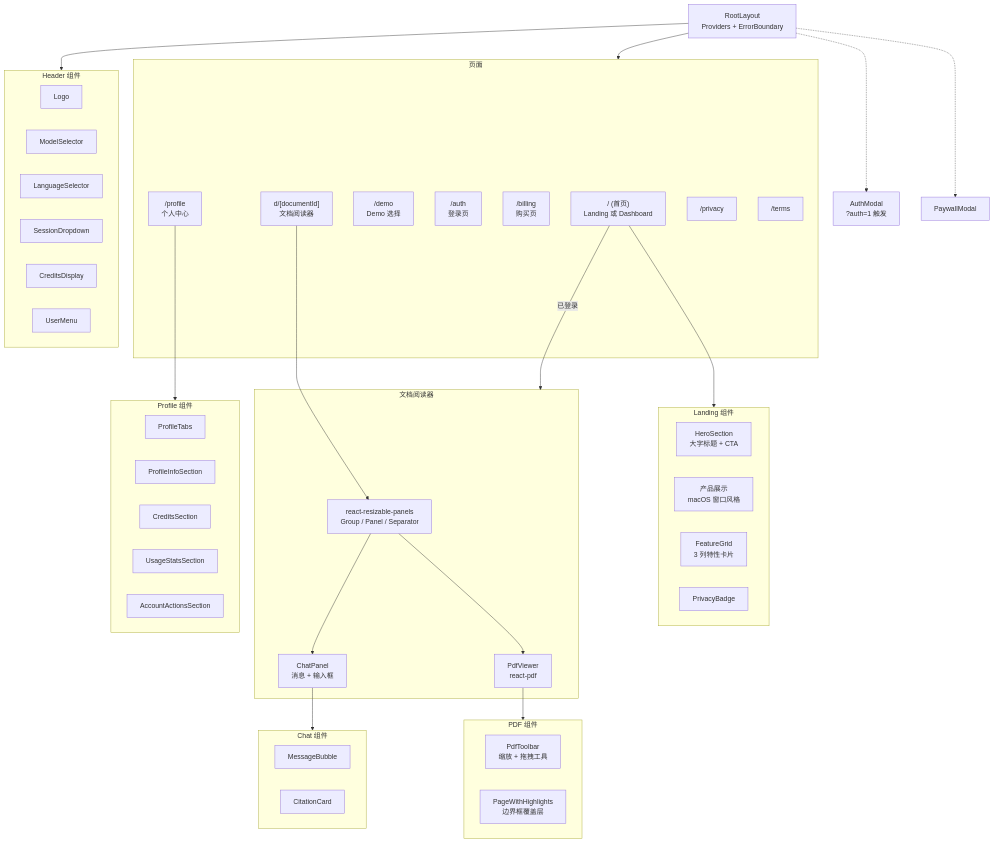
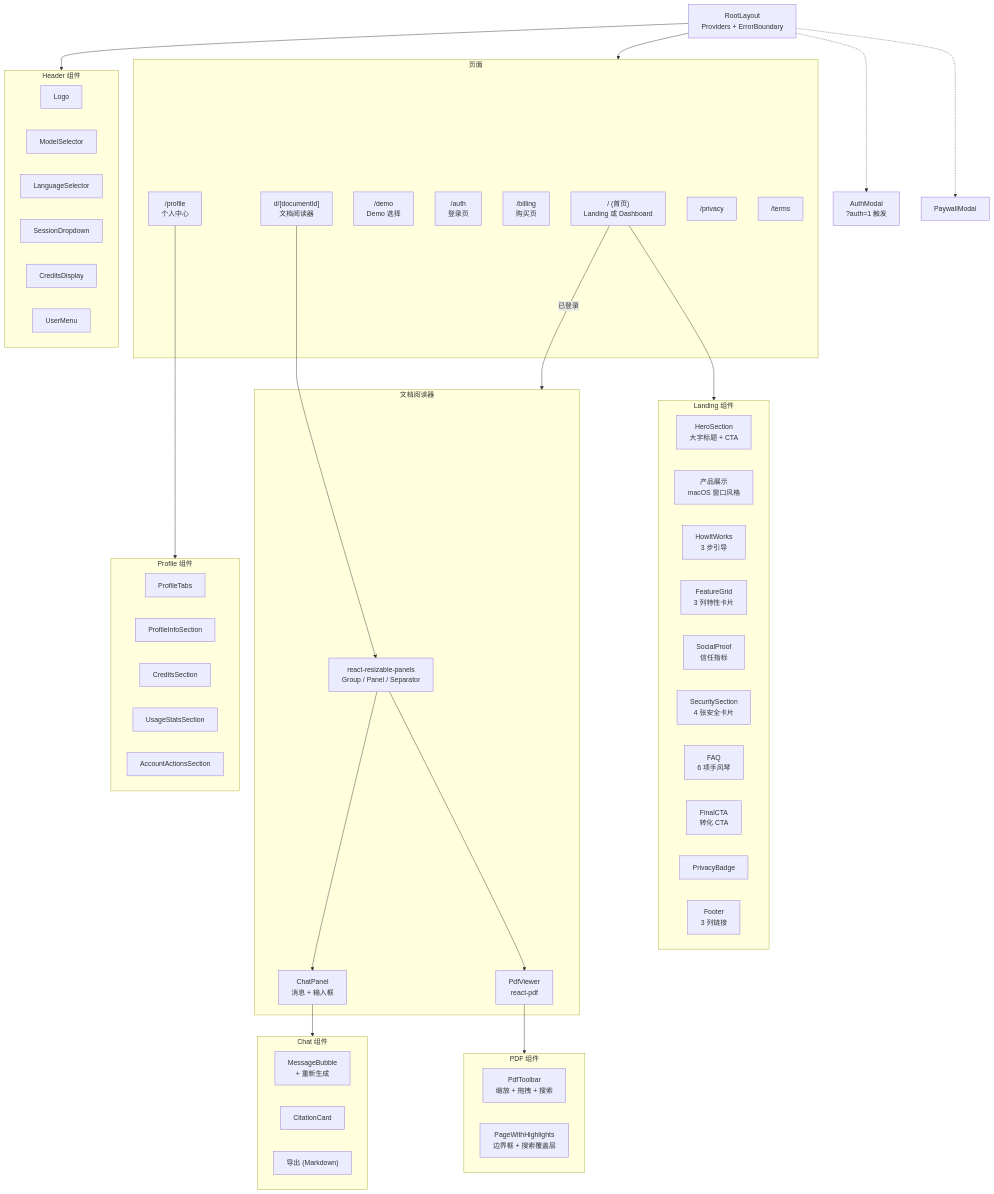
One commit to Rswcf/DocTalk changed the seventh of 8 diagrams in docs/ARCHITECTURE.zh.md. Above: the diagram before and after it, drawn with Mermaid. The commit also changed other lines of this file and 4 other files, not shown here.

````diff
--- a/docs/ARCHITECTURE.zh.md
+++ b/docs/ARCHITECTURE.zh.md
@@ -458,72 +468,79 @@
 ```mermaid
 graph TD
     Layout["RootLayout<br/>Providers + ErrorBoundary"]
 
     subgraph Pages["页面"]
         Home["/ (首页)<br/>Landing 或 Dashboard"]
         DocView["d/[documentId]<br/>文档阅读器"]
         Demo["/demo<br/>Demo 选择"]
         Auth["/auth<br/>登录页"]
         Billing["/billing<br/>购买页"]
         Profile["/profile<br/>个人中心"]
         Privacy["/privacy"]
         Terms["/terms"]
     end
 
     subgraph HeaderComp["Header 组件"]
         Logo["Logo"]
         ModelSel["ModelSelector"]
         LangSel["LanguageSelector"]
         SessionDrop["SessionDropdown"]
         CreditsDis["CreditsDisplay"]
         UserMenuC["UserMenu"]
     end
 
     subgraph LandingComp["Landing 组件"]
         Hero["HeroSection<br/>大字标题 + CTA"]
         Showcase["产品展示<br/>macOS 窗口风格"]
+        HowItWorks["HowItWorks<br/>3 步引导"]
         Features["FeatureGrid<br/>3 列特性卡片"]
+        SocialProof["SocialProof<br/>信任指标"]
+        Security["SecuritySection<br/>4 张安全卡片"]
+        FAQ["FAQ<br/>6 项手风琴"]
+        FinalCTA["FinalCTA<br/>转化 CTA"]
         PrivBadge["PrivacyBadge"]
+        FooterComp["Footer<br/>3 列链接"]
     end
 
     subgraph DocViewComp["文档阅读器"]
         ResizablePanels["react-resizable-panels<br/>Group / Panel / Separator"]
         ChatPanel["ChatPanel<br/>消息 + 输入框"]
         PdfViewer["PdfViewer<br/>react-pdf"]
     end
 
     subgraph ChatComp["Chat 组件"]
-        MsgBubble["MessageBubble"]
+        MsgBubble["MessageBubble<br/>+ 重新生成"]
         CitCard["CitationCard"]
+        Export["导出 (Markdown)"]
     end
 
     subgraph PdfComp["PDF 组件"]
-        PdfToolbar["PdfToolbar<br/>缩放 + 拖拽工具"]
-        PageHL["PageWithHighlights<br/>边界框覆盖层"]
+        PdfToolbar["PdfToolbar<br/>缩放 + 拖拽 + 搜索"]
+        PageHL["PageWithHighlights<br/>边界框 + 搜索覆盖层"]
     end
 
     subgraph ProfileComp["Profile 组件"]
         ProfTabs["ProfileTabs"]
         ProfInfo["ProfileInfoSection"]
         CreditsSec["CreditsSection"]
         UsageSec["UsageStatsSection"]
         AccountSec["AccountActionsSection"]
     end
 
     Layout --> Pages
     Layout --> HeaderComp
     Home --> LandingComp
     Home -->|"已登录"| DocViewComp
     DocView --> ResizablePanels
     ResizablePanels --> ChatPanel
     ResizablePanels --> PdfViewer
     ChatPanel --> ChatComp
     PdfViewer --> PdfComp
     Profile --> ProfileComp
 
     AuthModal["AuthModal<br/>?auth=1 触发"]
     PaywallMod["PaywallModal"]
 
     Layout -.-> AuthModal
     Layout -.-> PaywallMod
 ```
````
